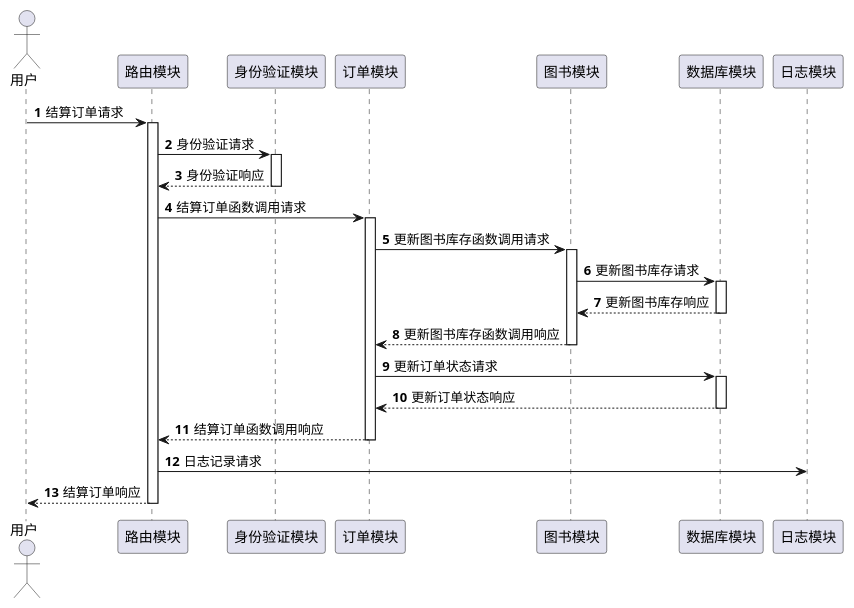
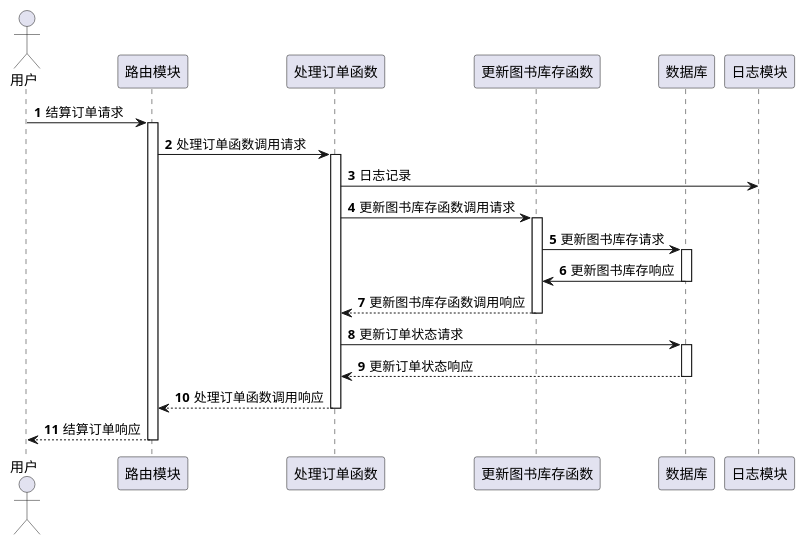
Before and after one commit to zouyonghe/High-Performance-Online-Bookstore: the diagram in uml/checkOut.puml, drawn with PlantUML. The commit also changed 34 other files, not shown here.

Commit message:
Add: uml png

```diff
--- a/uml/checkOut.puml
+++ b/uml/checkOut.puml
@@ -1,31 +1,29 @@
 @startuml
 'https://plantuml.com/sequence-diagram
 
 autonumber
 
 autonumber
 
 actor 用户 as general
 participant 路由模块 as router
-participant 身份验证模块 as validate
-participant 订单模块 as order
-participant 图书模块 as book
-participant 数据库模块 as database
+participant 处理订单函数 as order
+participant 更新图书库存函数 as book
+participant 数据库 as database
 participant 日志模块 as log
 
 general -> router++ : 结算订单请求
-router -> validate ++: 身份验证请求
-validate --> router --: 身份验证响应
-router -> order ++: 结算订单函数调用请求
+router -> order ++: 处理订单函数调用请求
+order -> log : 日志记录
 order -> book ++: 更新图书库存函数调用请求
 book -> database ++: 更新图书库存请求
-database --> book --: 更新图书库存响应
+database -> book --: 更新图书库存响应
+
 book --> order --: 更新图书库存函数调用响应
 order -> database ++: 更新订单状态请求
 database --> order --: 更新订单状态响应
-order --> router --:结算订单函数调用响应
+order --> router --:处理订单函数调用响应
 
 
-router -> log: 日志记录请求
 router --> general-- : 结算订单响应
 @enduml
```
